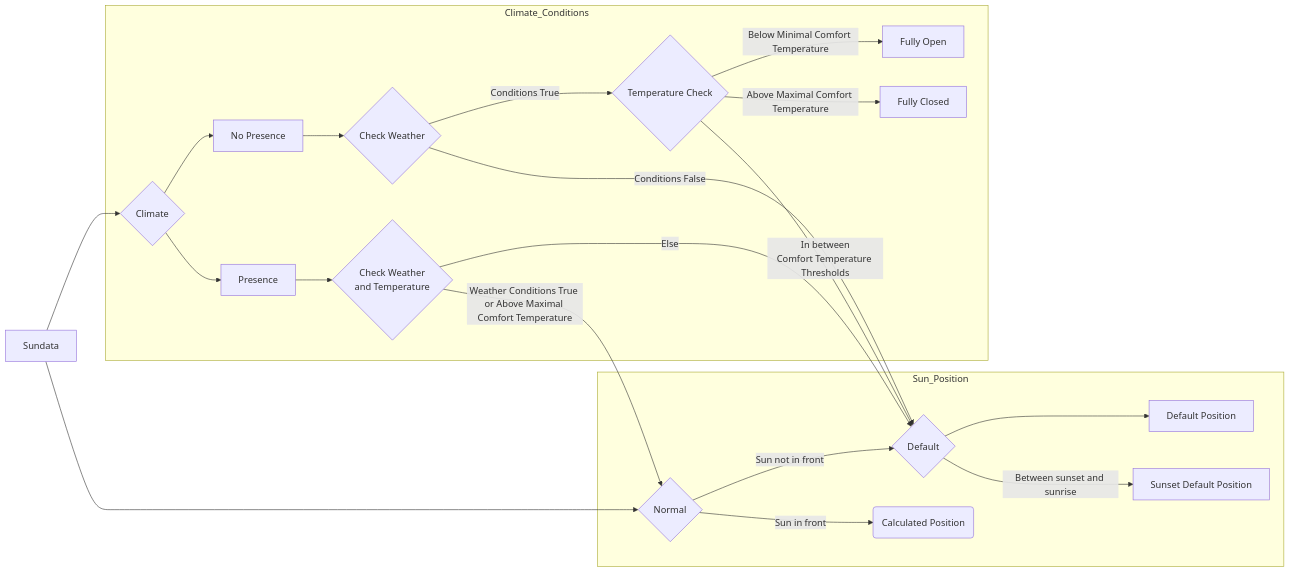
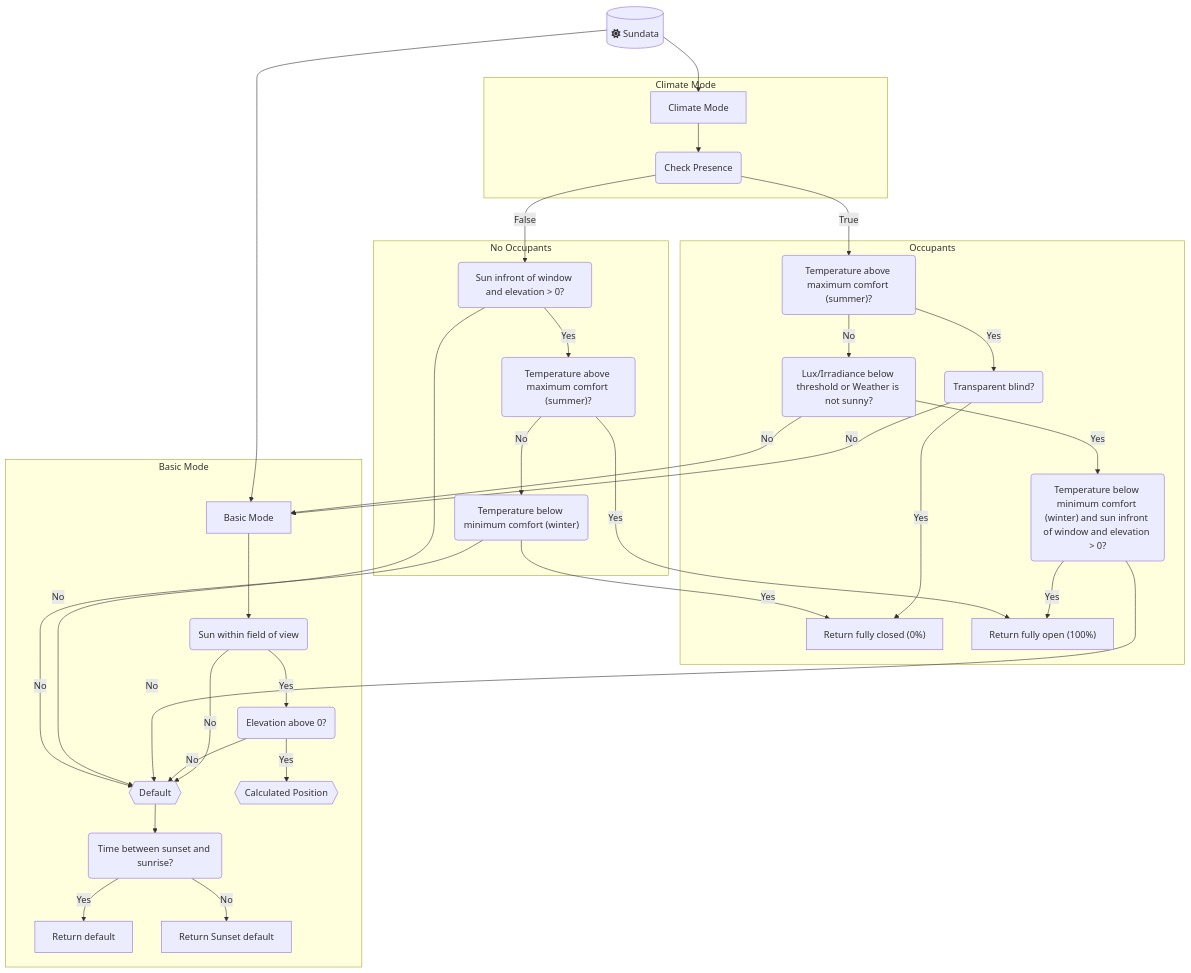
One commit to basbruss/adaptive-cover changed the diagram in README.md. Above: the diagram before and after it, drawn with Mermaid.

Commit message:
Update diagram

````diff
--- a/README.md
+++ b/README.md
@@ -92,30 +92,50 @@
 ```mermaid
-  flowchart LR
-      A[Sundata] --> B{Normal}
-      A --> C{Climate}
+  graph TD
 
-      subgraph Sun_Position
-          B --> |Sun not in front| D{Default}
-          B --> |Sun in front| E(Calculated Position)
+  A[("fa:fa-sun Sundata")]
+  A --> B["Basic Mode"]
+  A --> C["Climate Mode"]
 
-          D --> H[Default Position]
-          D --> |Between sunset and sunrise| I[Sunset Default Position]
-      end
+  subgraph "Basic Mode"
+      B --> BA("Sun within field of view")
 
-      subgraph Climate_Conditions
-          C --> F[No Presence]
-          C --> G[Presence]
+      BA --> |No| BC{{Default}}
+      BC --> BE("Time between sunset and sunrise?")
+      BE --> |Yes| BF["Return default"]
+      BE --> |No| BG["Return Sunset default"]
 
-          F --> M{Check Weather}
-          M --> |Conditions False| D
-          M --> |Conditions True| P{Temperature Check}
+      BA --> |Yes| BD("Elevation above 0?")
+      BD --> |Yes| BH{{"Calculated Position"}}
+      BD --> |No| BC
+  end
 
-          P --> |Below Minimal Comfort Temperature| K[Fully Open]
-          P --> |Above Maximal Comfort Temperature| L[Fully Closed]
-          P --> |In between\nComfort Temperature Thresholds| D
+  subgraph "Climate Mode"
+      C --> CA("Check Presence")
+  end
 
-          G --> Q{Check Weather\nand Temperature}
-          Q --> |Weather Conditions True or Above Maximal Comfort Temperature|B
-          Q --> |Else|D
-      end
+  subgraph "Occupants"
+      CA --> |True| CB("Temperature above maximum comfort (summer)?")
+
+      CB --> |Yes| CD("Transparent blind?")
+      CB --> |No| CE("Lux/Irradiance below threshold or Weather is not sunny?")
+
+      CD --> |Yes| CF["Return fully closed (0%)"]
+      CD --> |No| B
+
+      CE --> |Yes| CG("Temperature below minimum comfort (winter) and sun infront of window and elevation > 0?")
+      CE --> |No| B
+
+      CG --> |Yes| CH["Return fully open (100%)"]
+      CG --> |No| BC
+  end
+
+  subgraph "No Occupants"
+      CA --> |False| CC("Sun infront of window and elevation > 0?")
+      CC --> |No| BC
+      CC --> |Yes| CI("Temperature above maximum comfort (summer)?")
+      CI --> |Yes| CH
+      CI --> |No| CJ("Temperature below minimum comfort (winter)")
+      CJ --> |Yes| CF
+      CJ --> |No| BC
+  end
 ```
````
